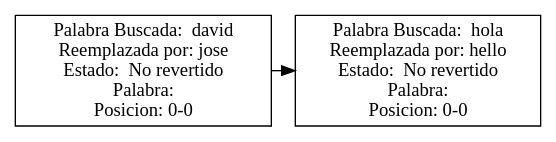
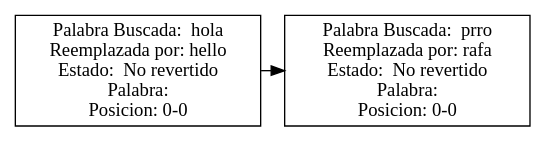
Before and after one commit to elJuanjoRamos/P1_3STRUCTURAS: the diagram in Practica 1/PilaCambio.dot, drawn with Graphviz. The commit also changed 17 other files, not shown here.

```diff
--- a/Practica 1/PilaCambio.dot
+++ b/Practica 1/PilaCambio.dot
@@ -1,12 +1,12 @@
 digraph G {node[shape = box];
-Nodo0 [label =  "Palabra Buscada:  david 
-Reemplazada por: jose
-Estado:  No revertido
-Palabra: 
-Posicion: 0-0
-"]Nodo1 [label =  "Palabra Buscada:  hola 
+Nodo0 [label =  "Palabra Buscada:  hola 
 Reemplazada por: hello
 Estado:  No revertido
 Palabra: 
 Posicion: 0-0
+"]Nodo1 [label =  "Palabra Buscada:  prro 
+Reemplazada por: rafa
+Estado:  No revertido
+Palabra: 
+Posicion: 0-0
 "]Nodo0->Nodo1{rank=same; Nodo0;Nodo1;}}
```
